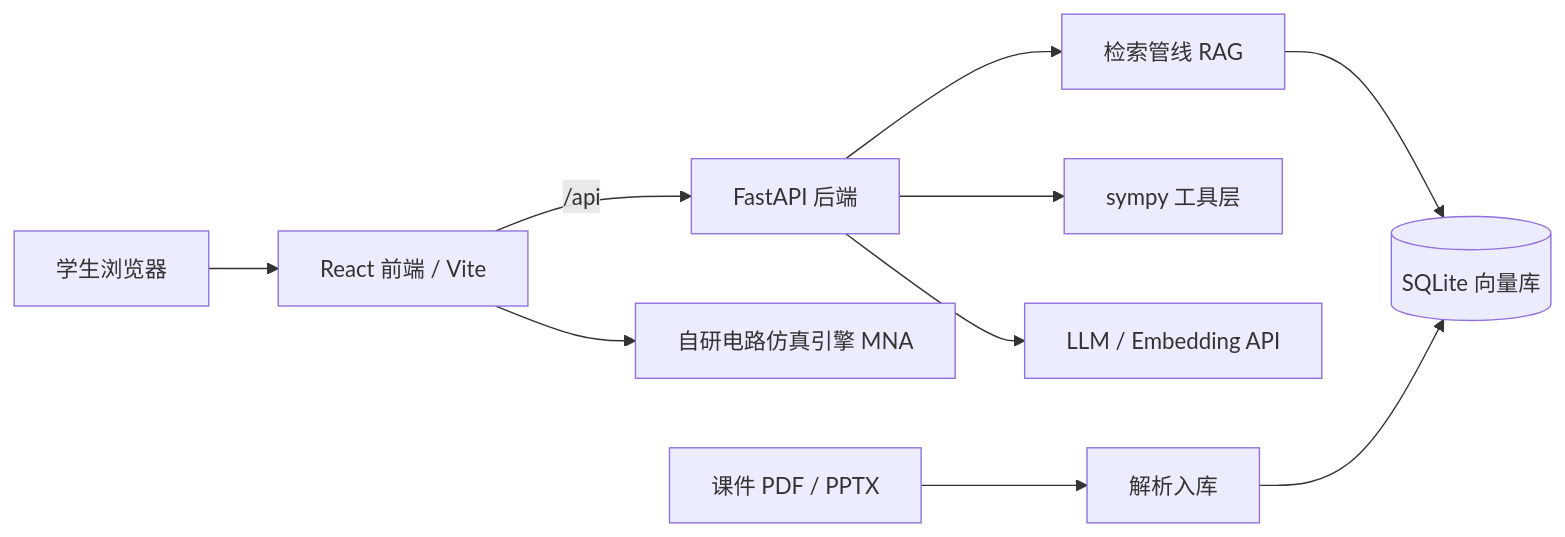
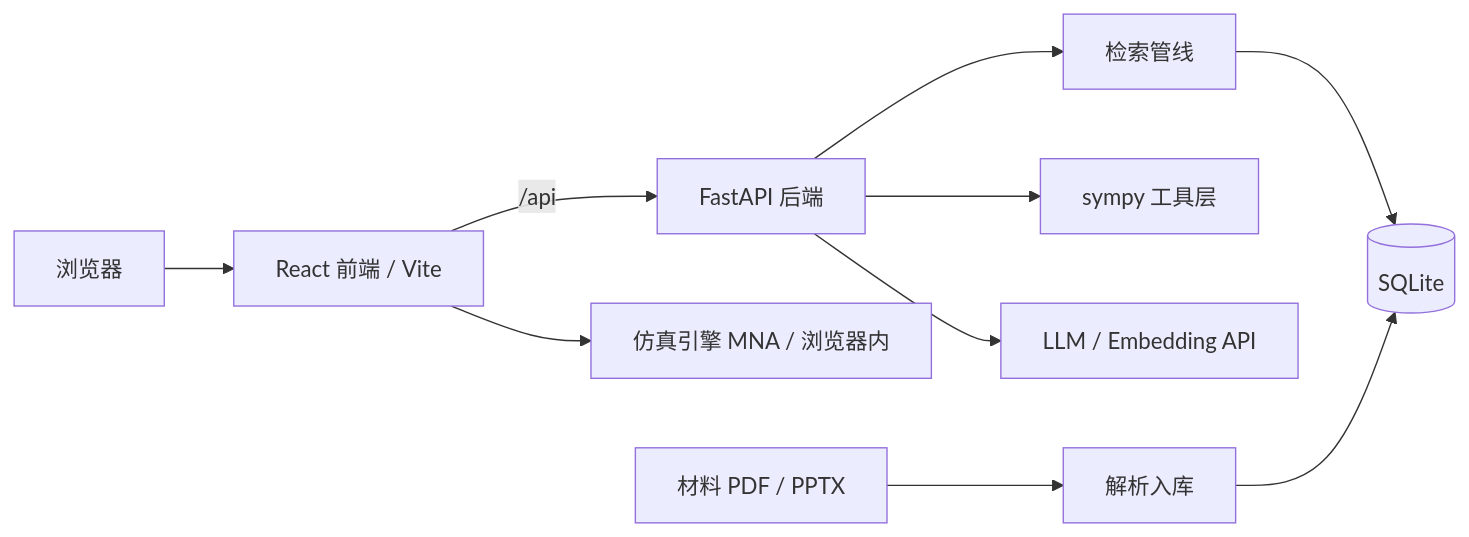
The diagram in README.md (lim20070714-jpg/course-ta), drawn with Mermaid before and after one commit. The commit also changed other lines of this file and 3 other files, not shown here.

````diff
--- a/README.md
+++ b/README.md
@@ -44,11 +90,11 @@
 ```mermaid
 flowchart LR
-    U[学生浏览器] --> W[React 前端 / Vite]
+    U[浏览器] --> W[React 前端 / Vite]
     W -->|/api| A[FastAPI 后端]
-    W --> SIM[自研电路仿真引擎 MNA]
-    A --> RAG[检索管线 RAG]
+    W --> SIM[仿真引擎 MNA / 浏览器内]
+    A --> RAG[检索管线]
     A --> T[sympy 工具层]
-    RAG --> V[(SQLite 向量库)]
+    RAG --> V[(SQLite)]
     A --> L[LLM / Embedding API]
-    M[课件 PDF / PPTX] --> ING[解析入库] --> V
+    M[材料 PDF / PPTX] --> ING[解析入库] --> V
 ```
````
